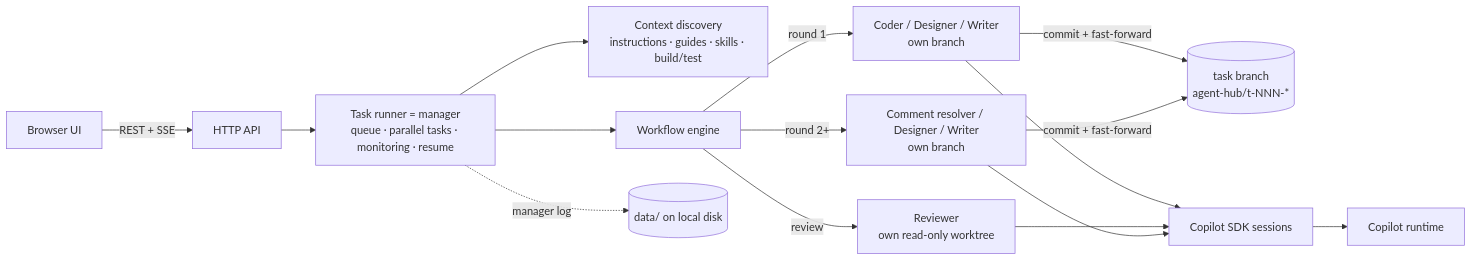
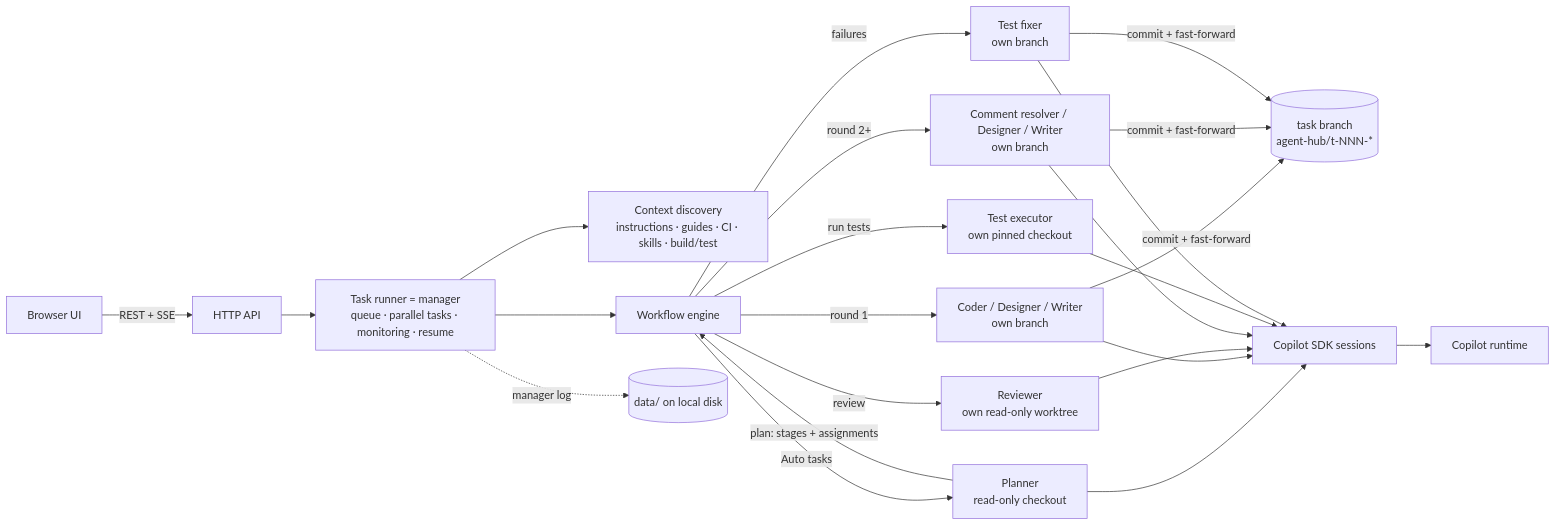
One commit to bingyuyin/WindowsVMAgent changed the diagram in agent-hub/README.md. Above: the diagram before and after it, drawn with Mermaid. The commit also changed other lines of this file and 26 other files, not shown here.

First line of the commit message:
Add execute-and-verify test agents and manager planning to Agent Hub

````diff
--- a/agent-hub/README.md
+++ b/agent-hub/README.md
@@ -50,13 +56,17 @@
 ```mermaid
 flowchart LR
   UI[Browser UI] -- REST + SSE --> API[HTTP API]
   API --> Runner[Task runner = manager<br/>queue · parallel tasks · monitoring · resume]
-  Runner --> Ctx[Context discovery<br/>instructions · guides · skills · build/test]
+  Runner --> Ctx[Context discovery<br/>instructions · guides · CI · skills · build/test]
   Runner --> Engine[Workflow engine]
+  Engine -- Auto tasks --> P[Planner<br/>read-only checkout]
+  P -- plan: stages + assignments --> Engine
   Engine -- round 1 --> C[Coder / Designer / Writer<br/>own branch]
   Engine -- review --> R[Reviewer<br/>own read-only worktree]
   Engine -- round 2+ --> F[Comment resolver / Designer / Writer<br/>own branch]
-  C & F -- commit + fast-forward --> TB[(task branch<br/>agent-hub/t-NNN-*)]
-  C & R & F --> SDK[Copilot SDK sessions] --> RT[Copilot runtime]
+  Engine -- run tests --> X[Test executor<br/>own pinned checkout]
+  Engine -- failures --> TF[Test fixer<br/>own branch]
+  C & F & TF -- commit + fast-forward --> TB[(task branch<br/>agent-hub/t-NNN-*)]
+  P & C & R & F & X & TF --> SDK[Copilot SDK sessions] --> RT[Copilot runtime]
   Runner -. manager log .-> Disk[(data/ on local disk)]
 ```
````
